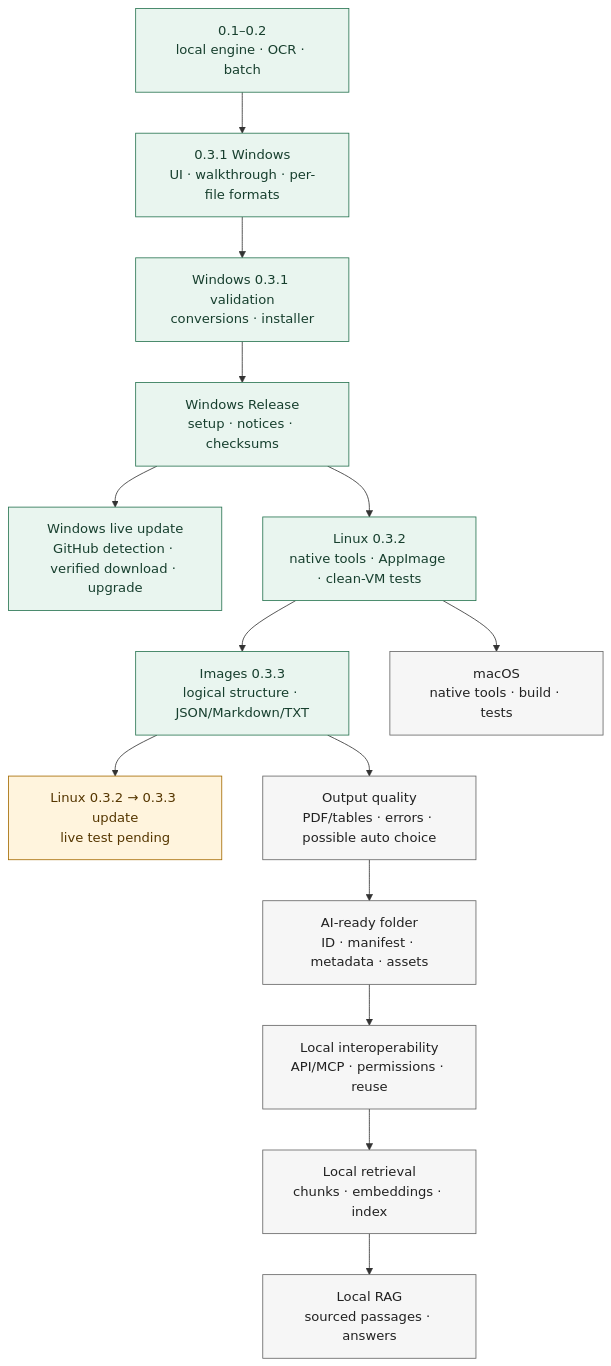
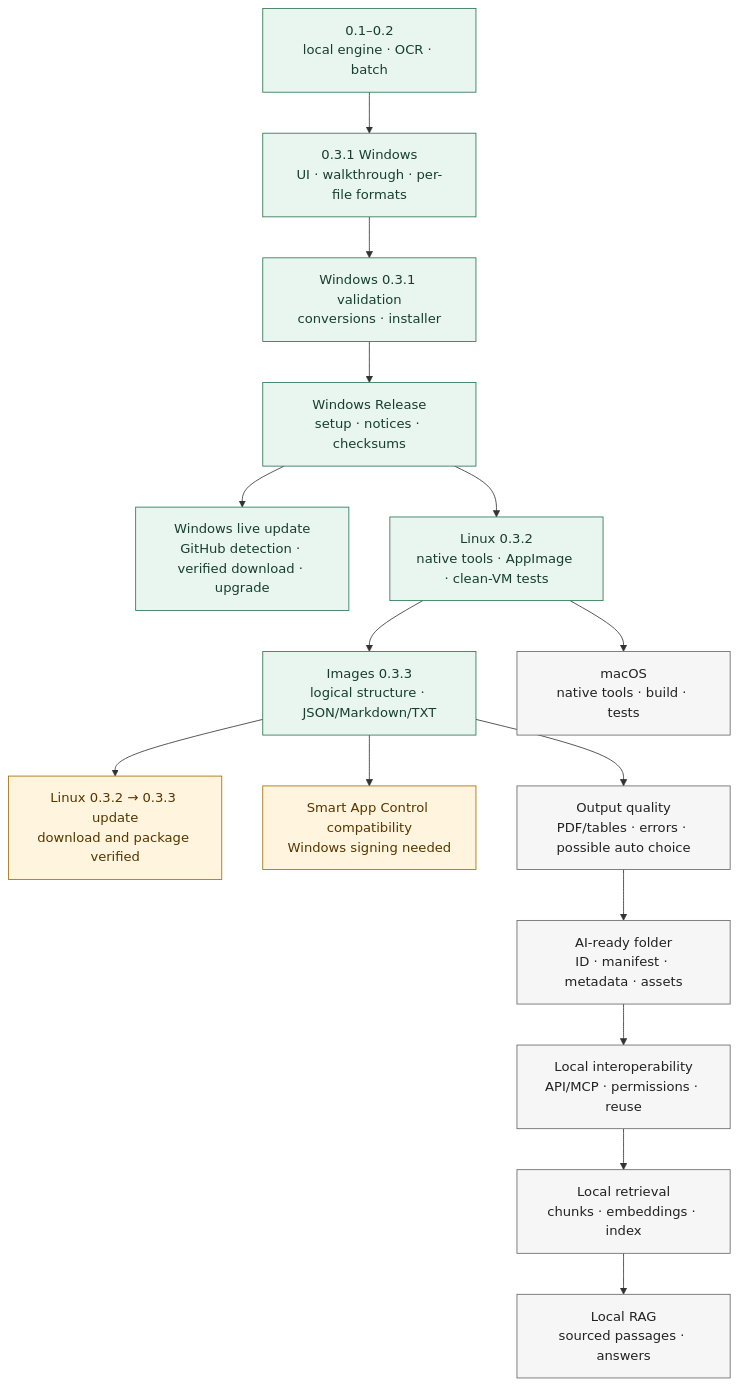
One commit to ergocogn/local-ai-ready-converter-releases changed the diagram in docs/ROADMAP.en.md. Above: the diagram before and after it, drawn with Mermaid. The commit also changed other lines of this file and 5 other files, not shown here.

Commit message:
Document Windows signing limitation and verified 0.3.3 packages

````diff
--- a/docs/ROADMAP.en.md
+++ b/docs/ROADMAP.en.md
@@ -7,22 +7,23 @@
 ```mermaid
 flowchart TB
   A["0.1–0.2<br/>local engine · OCR · batch"] --> B["0.3.1 Windows<br/>UI · walkthrough · per-file formats"]
   B --> C["Windows 0.3.1 validation<br/>conversions · installer"]
   C --> D["Windows Release<br/>setup · notices · checksums"]
   D --> U["Windows live update<br/>GitHub detection · verified download · upgrade"]
 
   D --> L["Linux 0.3.2<br/>native tools · AppImage · clean-VM tests"] --> S["Images 0.3.3<br/>logical structure · JSON/Markdown/TXT"]
-  S --> UL["Linux 0.3.2 → 0.3.3 update<br/>live test pending"]
+  S --> UL["Linux 0.3.2 → 0.3.3 update<br/>download and package verified"]
+  S --> W["Smart App Control compatibility<br/>Windows signing needed"]
   L --> M["macOS<br/>native tools · build · tests"]
   S --> Q["Output quality<br/>PDF/tables · errors · possible auto choice"]
   Q --> F["AI-ready folder<br/>ID · manifest · metadata · assets"]
   F --> P["Local interoperability<br/>API/MCP · permissions · reuse"]
   P --> K["Local retrieval<br/>chunks · embeddings · index"] --> R["Local RAG<br/>sourced passages · answers"]
 
   classDef done fill:#e9f5ef,stroke:#287451,color:#173f2e
   classDef active fill:#fff4dd,stroke:#a56b00,color:#553600
   classDef future fill:#f6f6f6,stroke:#666,color:#222
   class A,B,C,D,U,L,S done
-  class UL active
+  class UL,W active
   class M,Q,F,P,K,R future
 ```
````
